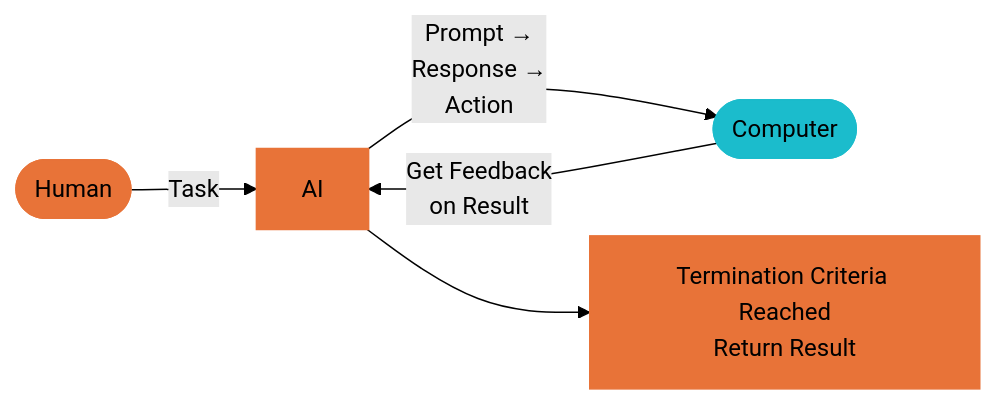
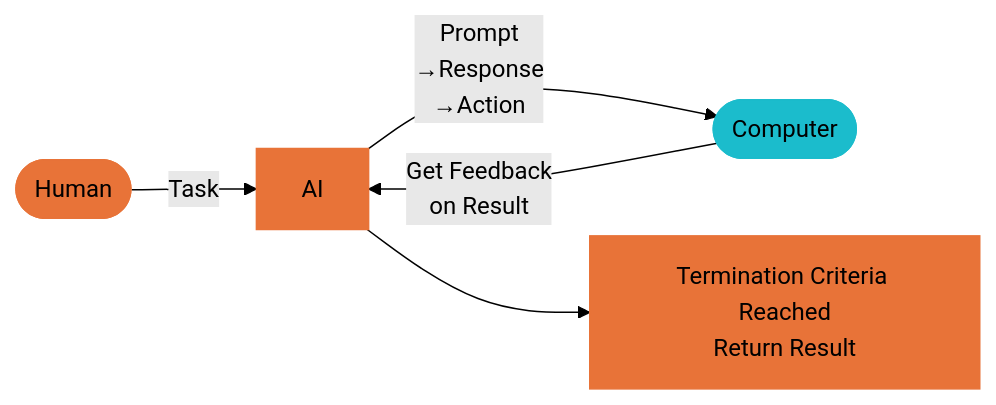
The first of 4 diagrams in 01-agentic-ai-concepts.md (WhatIfWeDigDeeper/typescript-ai-agents-course), drawn with Mermaid (forest theme) before and after one commit. The commit also changed other lines of this file, not shown here.

Commit message:
docs: refine flowchart descriptions and add note for AI action representation

````diff
--- a/01-agentic-ai-concepts.md
+++ b/01-agentic-ai-concepts.md
@@ -28,17 +28,17 @@
 ```mermaid
 flowchart LR
     Human([Human])
     AI[AI]
     Computer([Computer])
     Term["Termination Criteria Reached\nReturn Result"]
 
     Human -->|Task| AI
-    AI -->|"Prompt →\nResponse →\nAction"| Computer
+    AI -->|"Prompt\n→Response\n→Action"| Computer
     Computer -->|"Get Feedback\non Result"| AI
     AI --> Term
 
     style Human fill:#e87338,stroke:#e87338,color:#000
     style AI fill:#e87338,stroke:#e87338,color:#000
     style Computer fill:#1bbccc,stroke:#1bbccc,color:#000
     style Term fill:#e87338,stroke:#e87338,color:#000
 ```
````
